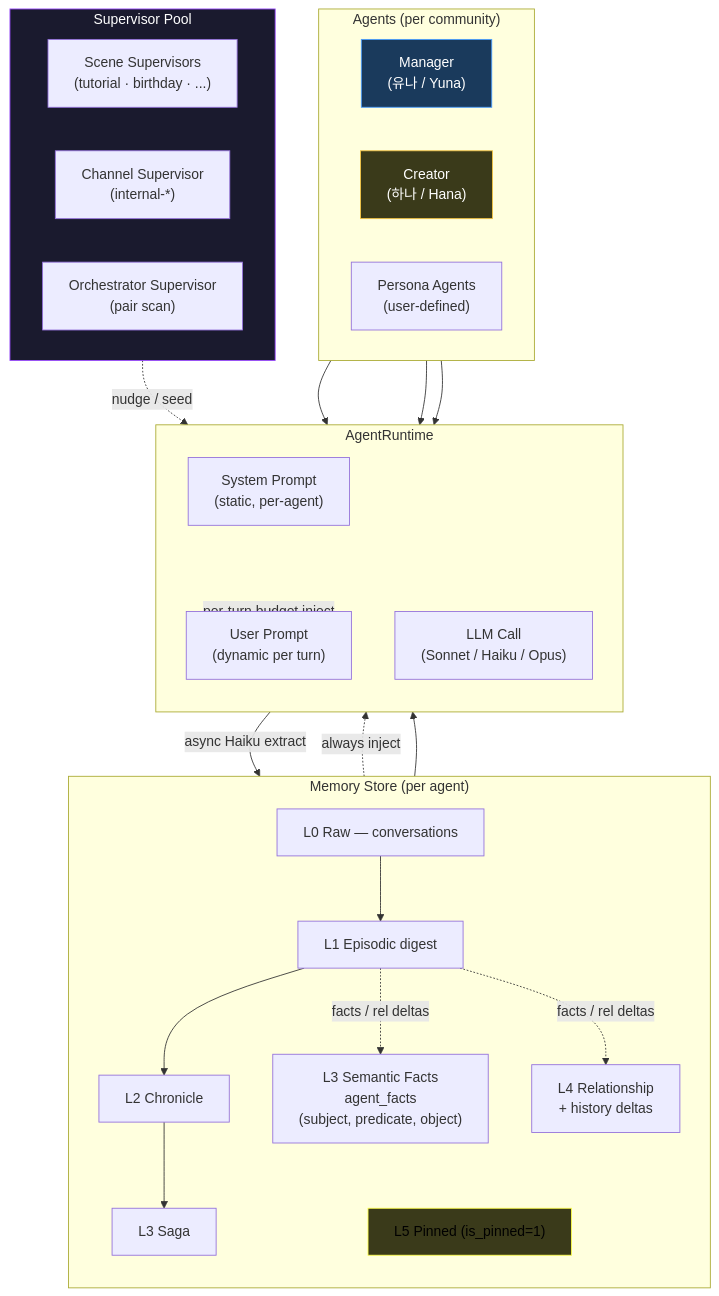
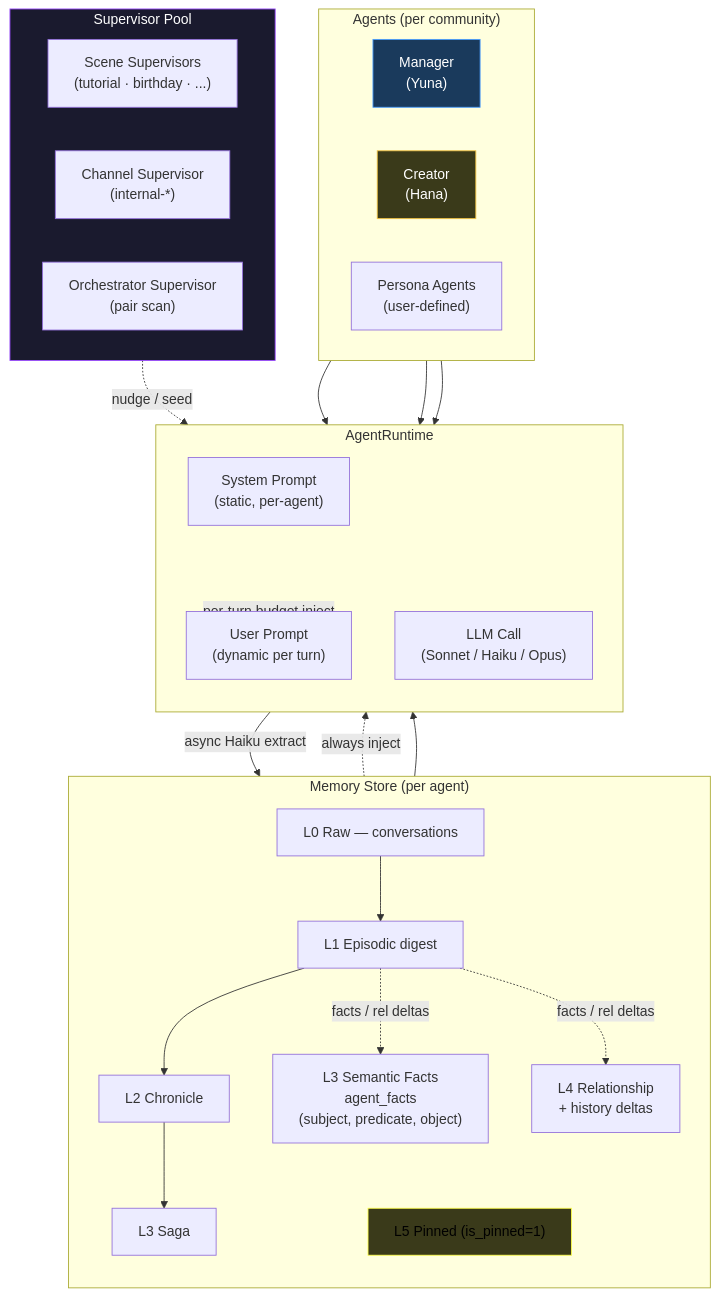
The third of 6 diagrams in README.md (je-empty/Glimi), drawn with Mermaid before and after one commit. The commit also changed other lines of this file and 14 other files, not shown here.

````diff
--- a/README.md
+++ b/README.md
@@ -186,49 +185,49 @@
 ```mermaid
 flowchart TB
     subgraph Agents["Agents (per community)"]
         direction LR
-        Mgr["Manager<br/>(유나 / Yuna)"]
-        Creator["Creator<br/>(하나 / Hana)"]
+        Mgr["Manager<br/>(Yuna)"]
+        Creator["Creator<br/>(Hana)"]
         Persona["Persona Agents<br/>(user-defined)"]
     end
 
     subgraph Runtime["AgentRuntime"]
         direction TB
         SysP["System Prompt<br/>(static, per-agent)"]
         UserP["User Prompt<br/>(dynamic per turn)"]
         LLM["LLM Call<br/>(Sonnet / Haiku / Opus)"]
     end
 
     subgraph Memory["Memory Store (per agent)"]
         direction TB
         L0["L0 Raw — conversations"]
         L1["L1 Episodic digest"]
         L2["L2 Chronicle"]
         L3["L3 Saga"]
         Facts["L3 Semantic Facts<br/>agent_facts<br/>(subject, predicate, object)"]
         Rel["L4 Relationship<br/>+ history deltas"]
         Pin["L5 Pinned (is_pinned=1)"]
     end
 
     subgraph Supers["Supervisor Pool"]
         direction LR
         SceneSup["Scene Supervisors<br/>(tutorial · birthday · ...)"]
         ChanSup["Channel Supervisor<br/>(internal-*)"]
         OrchSup["Orchestrator Supervisor<br/>(pair scan)"]
     end
 
     Mgr & Creator & Persona --> Runtime
     Runtime -->|"per-turn budget inject"| UserP
     Memory --> UserP
     LLM -->|"async Haiku extract"| L1
     L0 --> L1 --> L2 --> L3
     L1 -.->|"facts / rel deltas"| Facts & Rel
     Pin -.->|"always inject"| UserP
 
     Supers -.->|"nudge / seed"| Runtime
 
     style Mgr fill:#1a3a5c,stroke:#4a9eff,color:#fff
     style Creator fill:#3a3a1a,stroke:#f5c542,color:#fff
     style Pin fill:#3a3a1a,stroke:#ffff4a,color:#000
     style Supers fill:#1a1a2e,stroke:#9a4aff,color:#fff
 ```
````
